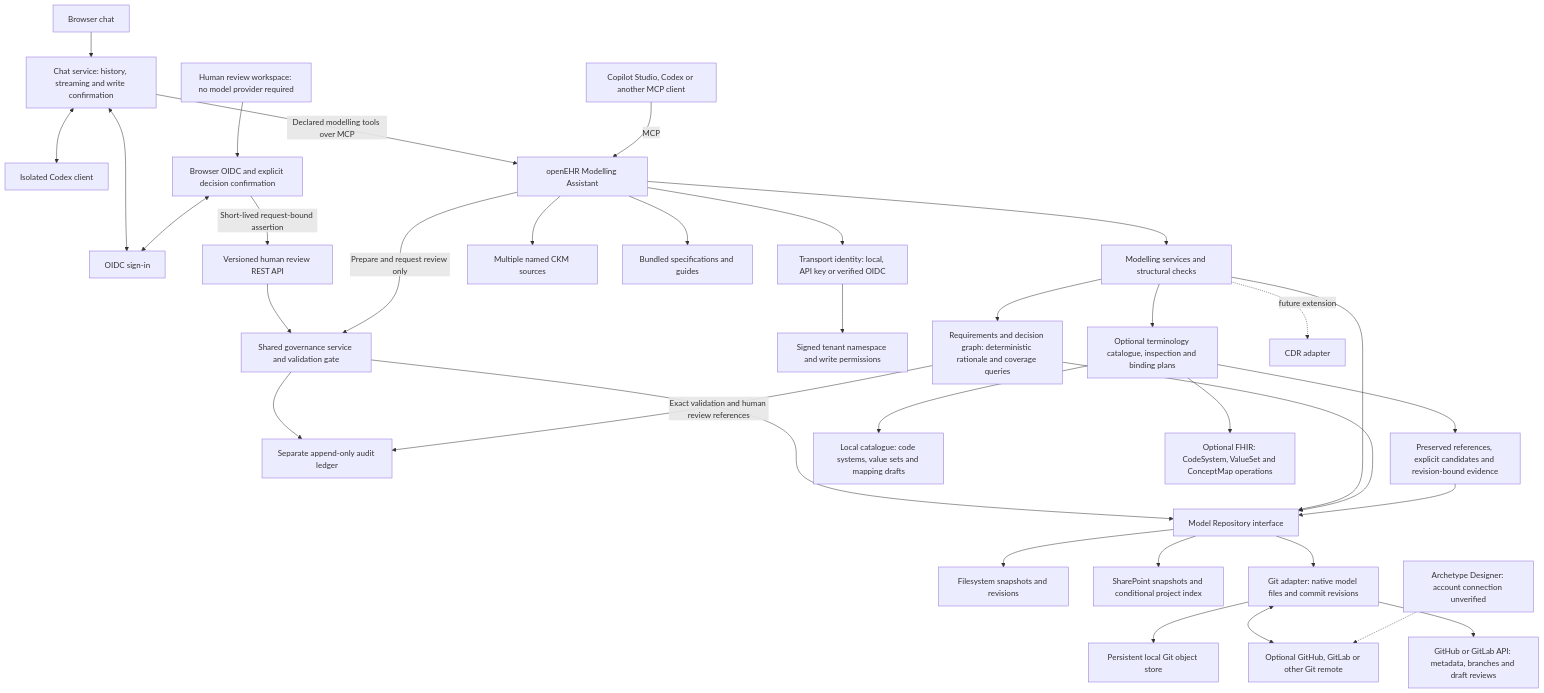
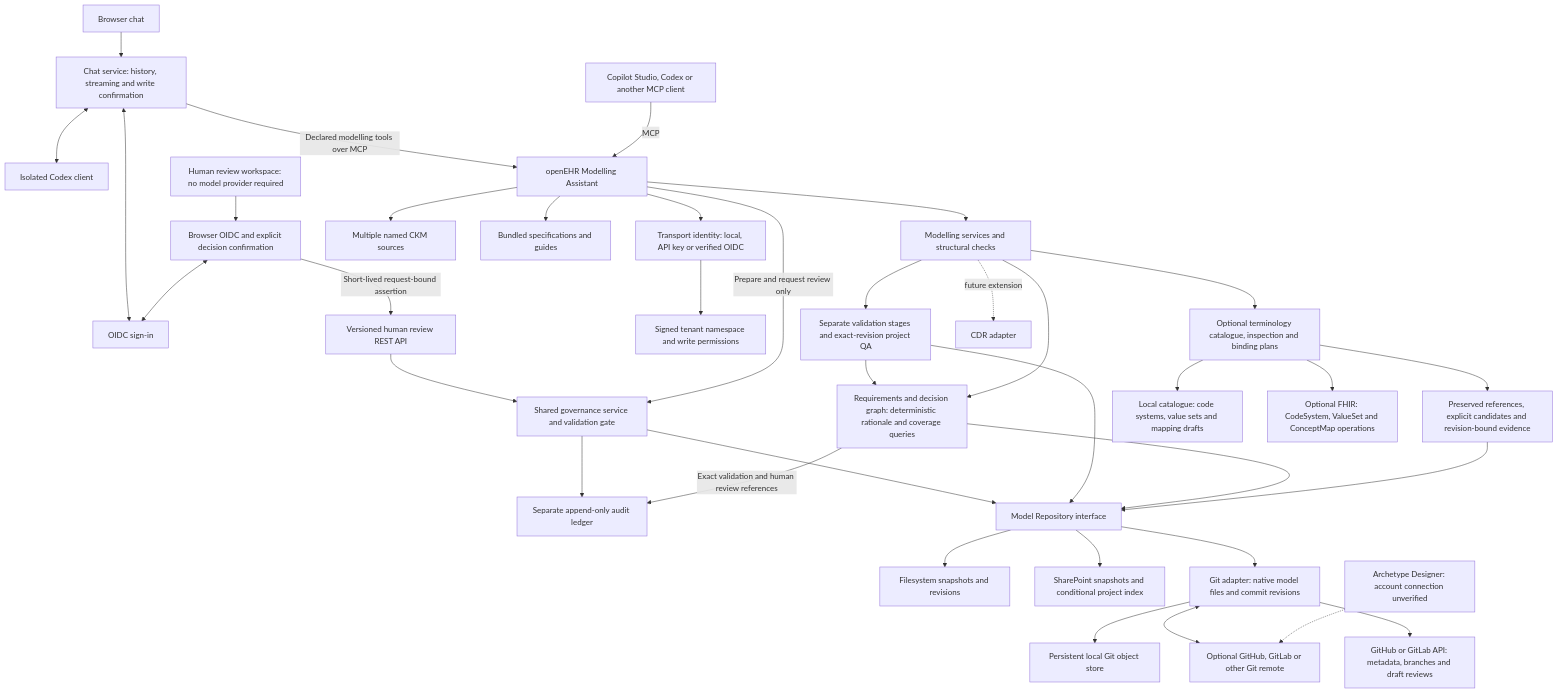
One commit to CzarMich/openehr-modelling-assistant changed the first of 2 diagrams in README.md. Above: the diagram before and after it, drawn with Mermaid. The commit also changed other lines of this file and 45 other files, not shown here.

Commit message:
feat(validation): separate document stages and add project evidence QA

````diff
--- a/README.md
+++ b/README.md
@@ -96,37 +98,39 @@
 ```mermaid
 flowchart TD
     U[Browser chat] --> W[Chat service: history, streaming and write confirmation]
     W <--> I[OIDC sign-in]
     W <--> AIC[Isolated Codex client]
     W -->|Declared modelling tools over MCP| S[openEHR Modelling Assistant]
     HU[Human review workspace: no model provider required] --> HR[Browser OIDC and explicit decision confirmation]
     HR <--> I
     HR -->|Short-lived request-bound assertion| RA[Versioned human review REST API]
     RA --> GV[Shared governance service and validation gate]
     S -->|Prepare and request review only| GV
     GV --> AU[Separate append-only audit ledger]
     GV --> R
     M[Copilot Studio, Codex or another MCP client] -->|MCP| S[openEHR Modelling Assistant]
     S --> ID[Transport identity: local, API key or verified OIDC]
     ID --> TEN[Signed tenant namespace and write permissions]
     S --> K[Multiple named CKM sources]
     S --> B[Bundled specifications and guides]
     S --> D[Modelling services and structural checks]
-    D --> R[Model Repository interface]
+    D --> VQ[Separate validation stages and exact-revision project QA]
+    VQ --> R[Model Repository interface]
+    VQ --> TG
     D --> TG[Requirements and decision graph: deterministic rationale and coverage queries]
     TG --> R
     TG -->|Exact validation and human review references| AU
     R --> F[Filesystem snapshots and revisions]
     R --> SP[SharePoint snapshots and conditional project index]
     R --> G[Git adapter: native model files and commit revisions]
     G --> O[Persistent local Git object store]
     G <--> H[Optional GitHub, GitLab or other Git remote]
     G --> HP[GitHub or GitLab API: metadata, branches and draft reviews]
     A[Archetype Designer: account connection unverified] -.-> H
     D --> T[Optional terminology catalogue, inspection and binding plans]
     T --> BP[Preserved references, explicit candidates and revision-bound evidence]
     BP --> R
     T --> L[Local catalogue: code systems, value sets and mapping drafts]
     T --> E[Optional FHIR: CodeSystem, ValueSet and ConceptMap operations]
     D -. future extension .-> C[CDR adapter]
 ```
````
